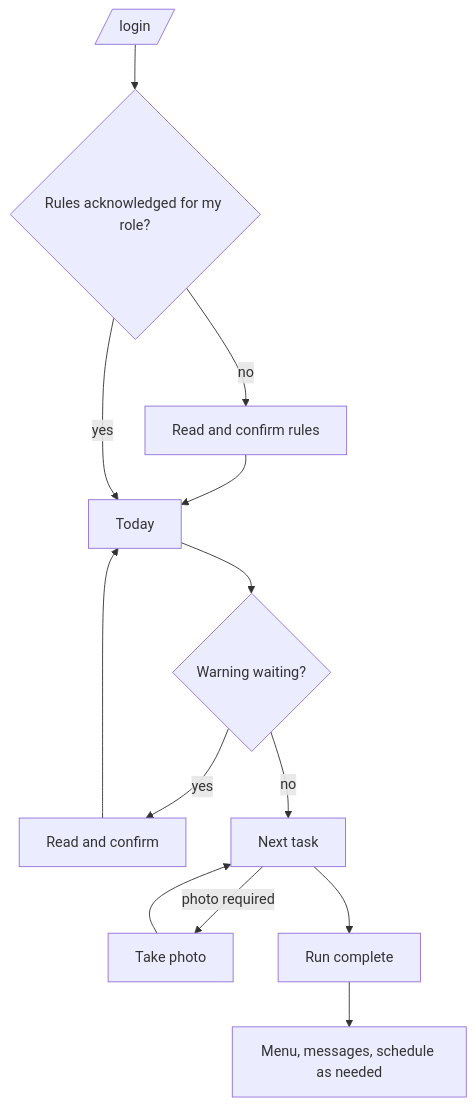
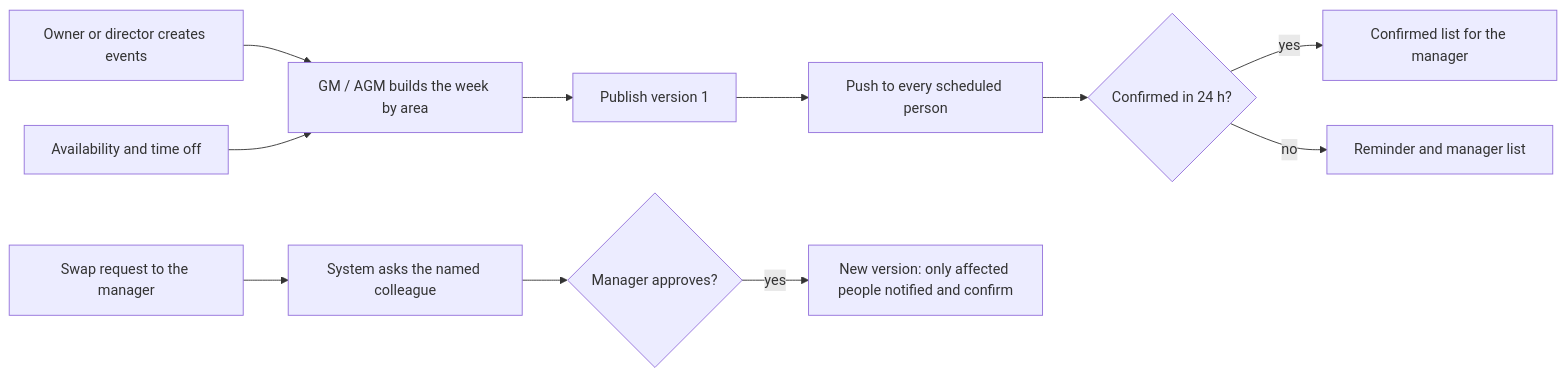
The fifth of 12 diagrams in docs/BLUEPRINT.md (fclaiba/TheFirstHospitalityGroup), drawn with Mermaid before and after one commit. The commit also changed other lines of this file and 61 other files, not shown here.

````diff
--- a/docs/BLUEPRINT.md
+++ b/docs/BLUEPRINT.md
@@ -199,11 +368,13 @@
 ```mermaid
-flowchart TD
-  L[/login/] --> P{Rules acknowledged for my role?}
-  P -- no --> RA[Read and confirm rules] --> T
-  P -- yes --> T[Today]
-  T --> W{Warning waiting?}
-  W -- yes --> WA[Read and confirm] --> T
-  W -- no --> K[Next task]
-  K -->|photo required| PH[Take photo] --> K
-  K --> D[Run complete] --> M[Menu, messages, schedule as needed]
+flowchart LR
+  O[Owner or director creates events] --> M[GM / AGM builds the week by area]
+  A[Availability and time off] --> M
+  M --> P[Publish version 1]
+  P --> N[Push to every scheduled person]
+  N --> C{Confirmed in 24 h?}
+  C -- yes --> OK[Confirmed list for the manager]
+  C -- no --> R[Reminder and manager list]
+  S[Swap request to the manager] --> Q[System asks the named colleague]
+  Q --> AP{Manager approves?}
+  AP -- yes --> V[New version: only affected people notified and confirm]
 ```
````
